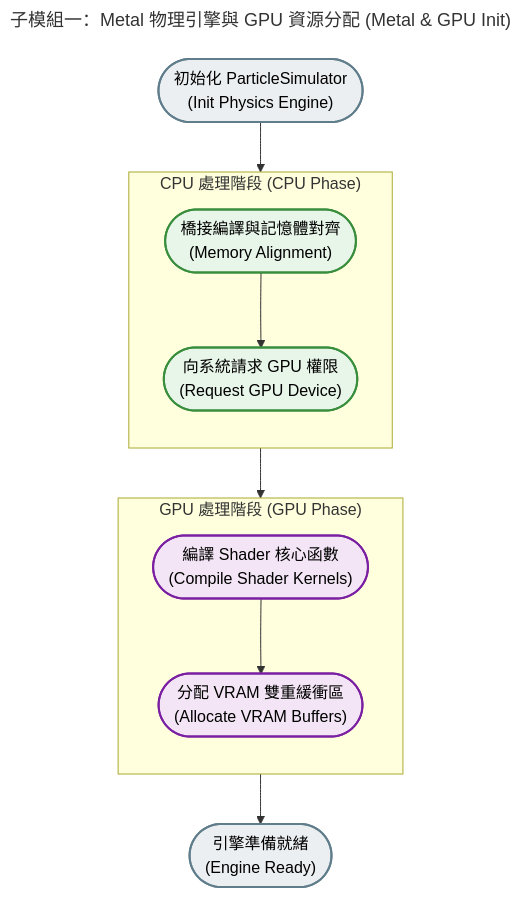
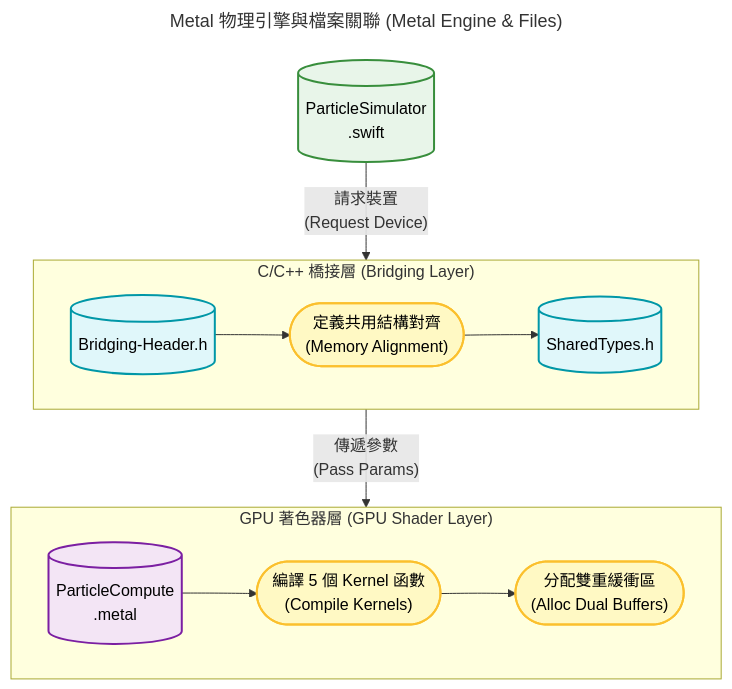
The second of 3 diagrams in README.md (lennox0909/ParticleVision), drawn with Mermaid before and after one commit. The commit also changed other lines of this file, not shown here.

Commit message:
revise Flowchart

````diff
--- a/README.md
+++ b/README.md
@@ -208,32 +206,32 @@
 ```mermaid
 ---
-title: 子模組一：Metal 物理引擎與 GPU 資源分配 (Metal & GPU Init)
+title: Metal 物理引擎與檔案關聯 (Metal Engine & Files)
 ---
 flowchart TD
     classDef default fill:#fafafa,stroke:#333,stroke-width:2px,color:#333;
-    classDef cpuAction fill:#e8f5e9,stroke:#388e3c,stroke-width:2px,color:#000;
-    classDef gpuAction fill:#f3e5f5,stroke:#7b1fa2,stroke-width:2px,color:#000;
-    classDef point fill:#eceff1,stroke:#607d8b,stroke-width:2px,color:#000;
+    classDef swiftFile fill:#e8f5e9,stroke:#388e3c,stroke-width:2px,color:#000;
+    classDef metalFile fill:#f3e5f5,stroke:#7b1fa2,stroke-width:2px,color:#000;
+    classDef headerFile fill:#e0f7fa,stroke:#0097a7,stroke-width:2px,color:#000;
+    classDef action fill:#fff9c4,stroke:#fbc02d,stroke-width:2px,color:#000;
 
-    Start(["初始化 ParticleSimulator<br/>(Init Physics Engine)"]):::point
+    F_Sim[("ParticleSimulator<br/>.swift")]:::swiftFile
 
-    subgraph "CPU 處理階段 (CPU Phase)"
-        direction TB
-        A1(["橋接編譯與記憶體對齊<br/>(Memory Alignment)"]):::cpuAction
-        A2(["向系統請求 GPU 權限<br/>(Request GPU Device)"]):::cpuAction
-        A1 --> A2
+    subgraph "C/C++ 橋接層 (Bridging Layer)"
+        direction LR
+        F_Bridge[("Bridging-Header.h")]:::headerFile
+        F_Shared[("SharedTypes.h")]:::headerFile
+        A1(["定義共用結構對齊<br/>(Memory Alignment)"]):::action
+        F_Bridge --> A1 --> F_Shared
     end
 
-    subgraph "GPU 處理階段 (GPU Phase)"
-        direction TB
-        A3(["編譯 Shader 核心函數<br/>(Compile Shader Kernels)"]):::gpuAction
-        A4(["分配 VRAM 雙重緩衝區<br/>(Allocate VRAM Buffers)"]):::gpuAction
-        A3 --> A4
+    subgraph "GPU 著色器層 (GPU Shader Layer)"
+        direction LR
+        F_Metal[("ParticleCompute<br/>.metal")]:::metalFile
+        A2(["編譯 5 個 Kernel 函數<br/>(Compile Kernels)"]):::action
+        A3(["分配雙重緩衝區<br/>(Alloc Dual Buffers)"]):::action
+        F_Metal --> A2 --> A3
     end
 
-    End(["引擎準備就緒<br/>(Engine Ready)"]):::point
-
-    Start --> A1
-    A2 --> A3
-    A4 --> End
+    F_Sim -->|"請求裝置<br/>(Request Device)"| F_Bridge
+    F_Shared -->|"傳遞參數<br/>(Pass Params)"| F_Metal
 ```
````
